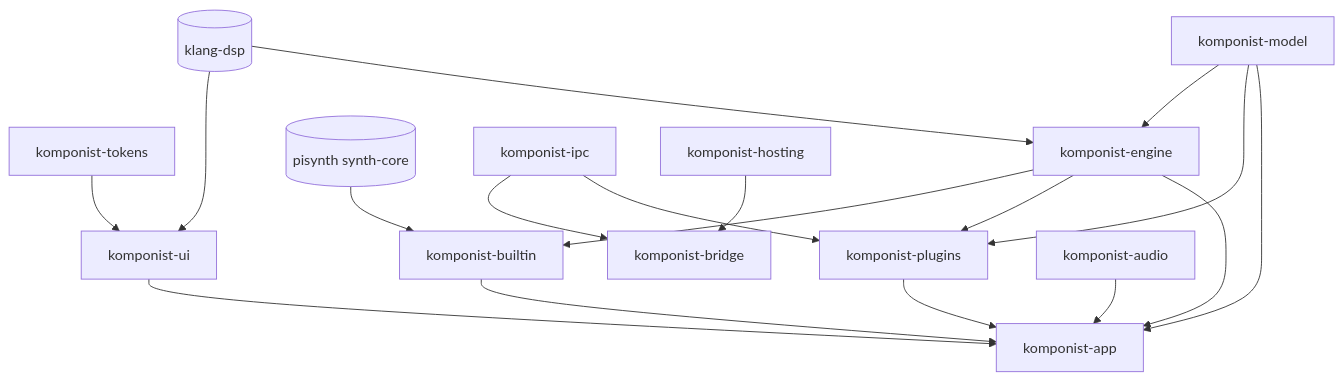
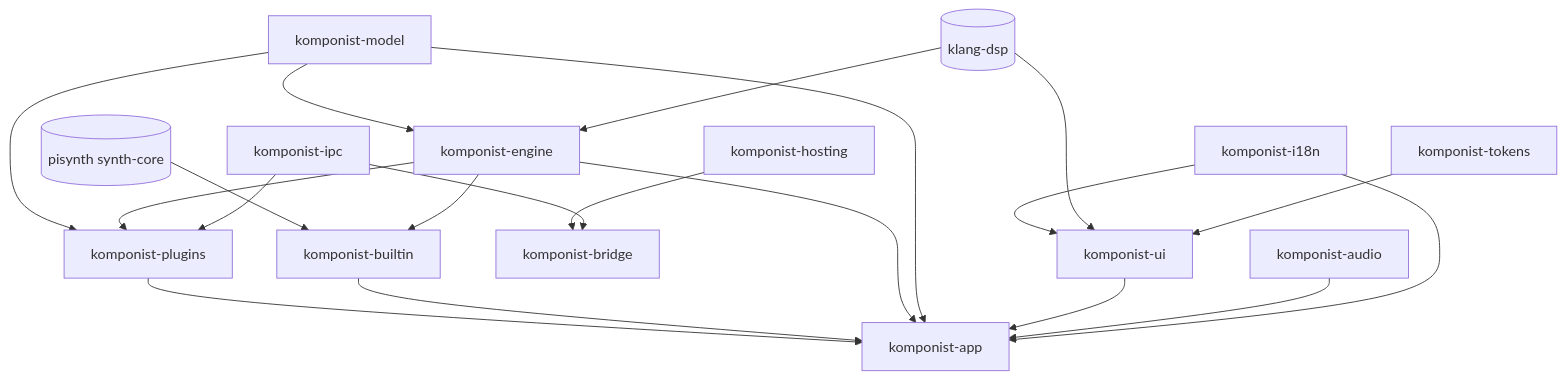
Before and after one commit to klang-studio/komponist: the diagram in docs/ARCHITECTURE.md, drawn with Mermaid. The commit also changed other lines of this file and 8 other files, not shown here.

````diff
--- a/docs/ARCHITECTURE.md
+++ b/docs/ARCHITECTURE.md
@@ -166,20 +167,22 @@
 ```mermaid
 graph TD
   tokens[komponist-tokens] --> ui[komponist-ui]
   dsp[(klang-dsp)] --> ui
   dsp --> engine[komponist-engine]
   model[komponist-model] --> engine
   engine --> builtin[komponist-builtin]
   synth[(pisynth synth-core)] --> builtin
   ipc[komponist-ipc] --> bridge[komponist-bridge]
   hosting[komponist-hosting] --> bridge
   ipc --> plugins[komponist-plugins]
   engine --> plugins
   model --> plugins
+  i18n[komponist-i18n] --> ui
+  i18n --> app
   audio[komponist-audio] --> app[komponist-app]
   ui --> app
   model --> app
   engine --> app
   builtin --> app
   plugins --> app
 ```
````
